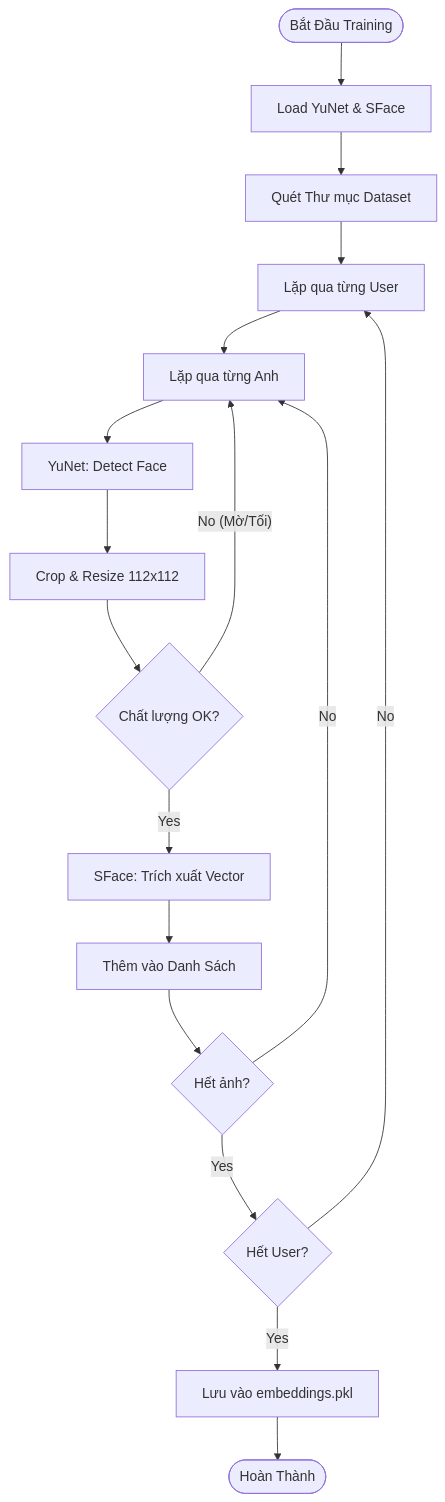
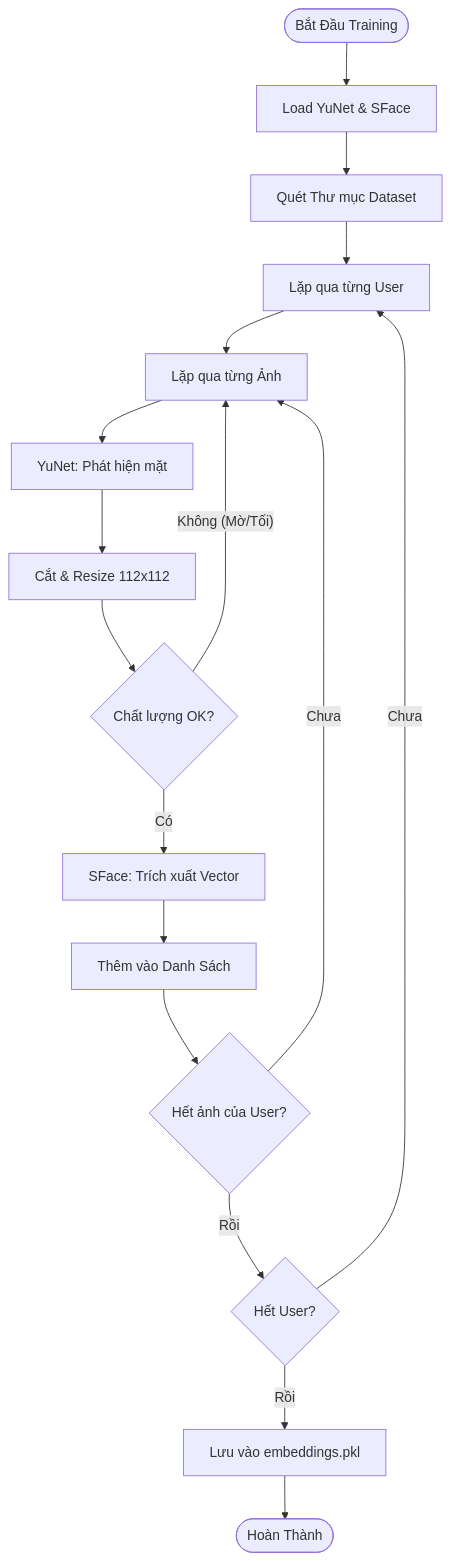
One commit to Johnyyd/Face-Access-Control changed the third of 4 diagrams in REPORT.md. Above: the diagram before and after it, drawn with Mermaid. The commit also changed other lines of this file, not shown here.

````diff
--- a/REPORT.md
+++ b/REPORT.md
@@ -119,25 +119,25 @@
 ```mermaid
 flowchart TD
     Start([Bắt Đầu Training]) --> LoadModels[Load YuNet & SFace]
     LoadModels --> ScanDirs[Quét Thư mục Dataset]
 
     ScanDirs --> LoopUser[Lặp qua từng User]
-    LoopUser --> LoopImg[Lặp qua từng Anh]
+    LoopUser --> LoopImg[Lặp qua từng Ảnh]
 
-    LoopImg --> Detect[YuNet: Detect Face]
-    Detect --> Crop[Crop & Resize 112x112]
+    LoopImg --> Detect[YuNet: Phát hiện mặt]
+    Detect --> Crop[Cắt & Resize 112x112]
 
     Crop --> Quality{Chất lượng OK?}
-    Quality -- No (Mờ/Tối) --> LoopImg
-    Quality -- Yes --> Extract[SFace: Trích xuất Vector]
+    Quality -- Không (Mờ/Tối) --> LoopImg
+    Quality -- Có --> Extract[SFace: Trích xuất Vector]
 
     Extract --> AddList[Thêm vào Danh Sách]
-    AddList --> NextImg{Hết ảnh?}
+    AddList --> NextImg{Hết ảnh của User?}
 
-    NextImg -- No --> LoopImg
-    NextImg -- Yes --> NextUser{Hết User?}
+    NextImg -- Chưa --> LoopImg
+    NextImg -- Rồi --> NextUser{Hết User?}
 
-    NextUser -- No --> LoopUser
-    NextUser -- Yes --> SaveDB[Lưu vào embeddings.pkl]
+    NextUser -- Chưa --> LoopUser
+    NextUser -- Rồi --> SaveDB[Lưu vào embeddings.pkl]
     SaveDB --> End([Hoàn Thành])
 ```
````
